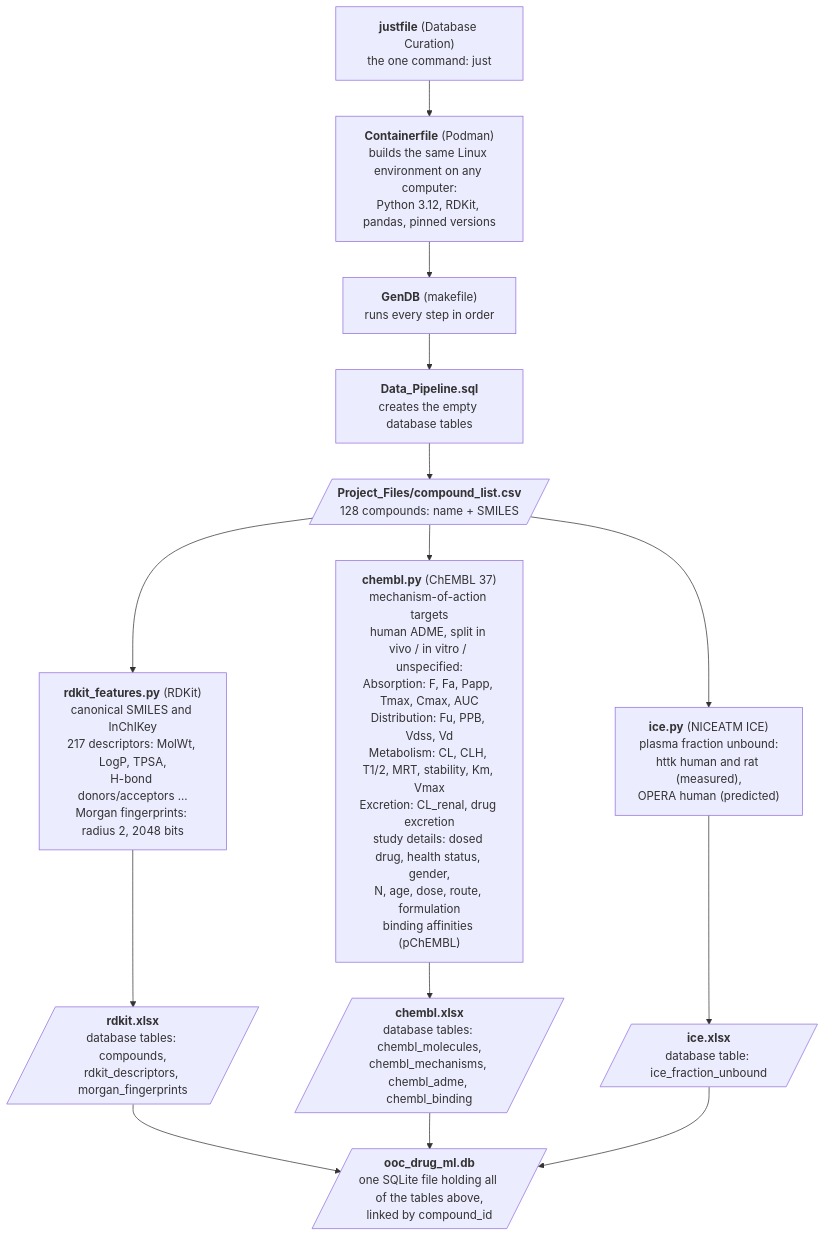
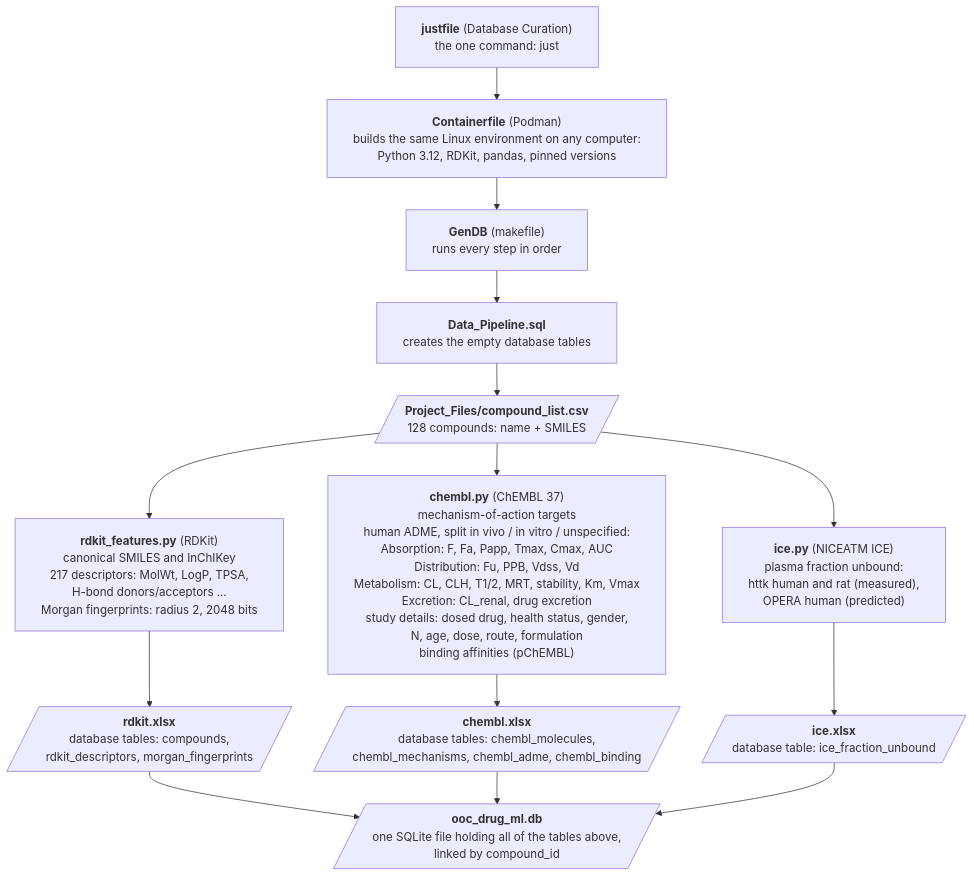
One commit to zunigajw/Bioanalysis-OoC-rIVIVE-ML changed the diagram in README.md. Above: the diagram before and after it, drawn with Mermaid.

Commit message:
Wider diagram boxes

````diff
--- a/README.md
+++ b/README.md
@@ -14,24 +14,25 @@
 ```mermaid
+%%{init: {"flowchart": {"wrappingWidth": 460, "nodeSpacing": 30, "rankSpacing": 45, "padding": 18}}}%%
 flowchart TD
     J["<b>justfile</b> (Database Curation)<br/>the one command: just"]
     C["<b>Containerfile</b> (Podman)<br/>builds the same Linux environment on any computer:<br/>Python 3.12, RDKit, pandas, pinned versions"]
     G["<b>GenDB</b> (makefile)<br/>runs every step in order"]
     S["<b>Data_Pipeline.sql</b><br/>creates the empty database tables"]
     P[/"<b>Project_Files/compound_list.csv</b><br/>128 compounds: name + SMILES"/]
 
     R["<b>rdkit_features.py</b> (RDKit)<br/>canonical SMILES and InChIKey<br/>217 descriptors: MolWt, LogP, TPSA,<br/>H-bond donors/acceptors ...<br/>Morgan fingerprints: radius 2, 2048 bits"]
     M["<b>chembl.py</b> (ChEMBL 37)<br/>mechanism-of-action targets<br/>human ADME, split in vivo / in vitro / unspecified:<br/>Absorption: F, Fa, Papp, Tmax, Cmax, AUC<br/>Distribution: Fu, PPB, Vdss, Vd<br/>Metabolism: CL, CLH, T1/2, MRT, stability, Km, Vmax<br/>Excretion: CL_renal, drug excretion<br/>study details: dosed drug, health status, gender,<br/>N, age, dose, route, formulation<br/>binding affinities (pChEMBL)"]
     I["<b>ice.py</b> (NICEATM ICE)<br/>plasma fraction unbound:<br/>httk human and rat (measured),<br/>OPERA human (predicted)"]
 
     XR[/"<b>rdkit.xlsx</b><br/>database tables: compounds,<br/>rdkit_descriptors, morgan_fingerprints"/]
     XM[/"<b>chembl.xlsx</b><br/>database tables: chembl_molecules,<br/>chembl_mechanisms, chembl_adme, chembl_binding"/]
     XI[/"<b>ice.xlsx</b><br/>database table: ice_fraction_unbound"/]
     D[/"<b>ooc_drug_ml.db</b><br/>one SQLite file holding all of the tables above,<br/>linked by compound_id"/]
 
     J --> C --> G --> S --> P
     P --> R & M & I
     R --> XR
     M --> XM
     I --> XI
     XR & XM & XI --> D
 ```
````
